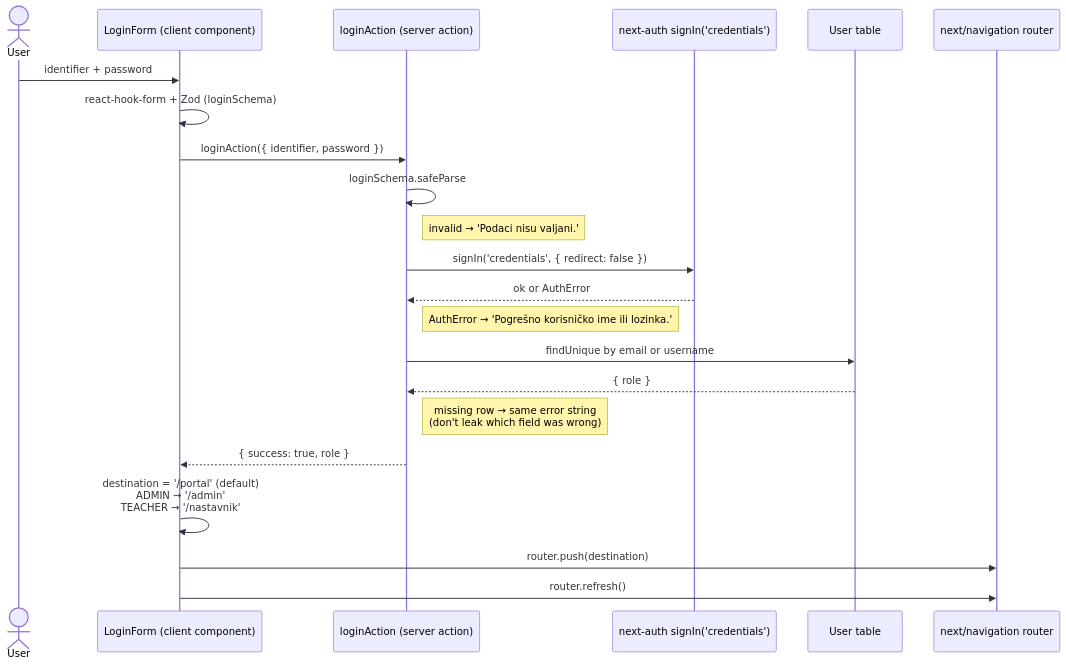
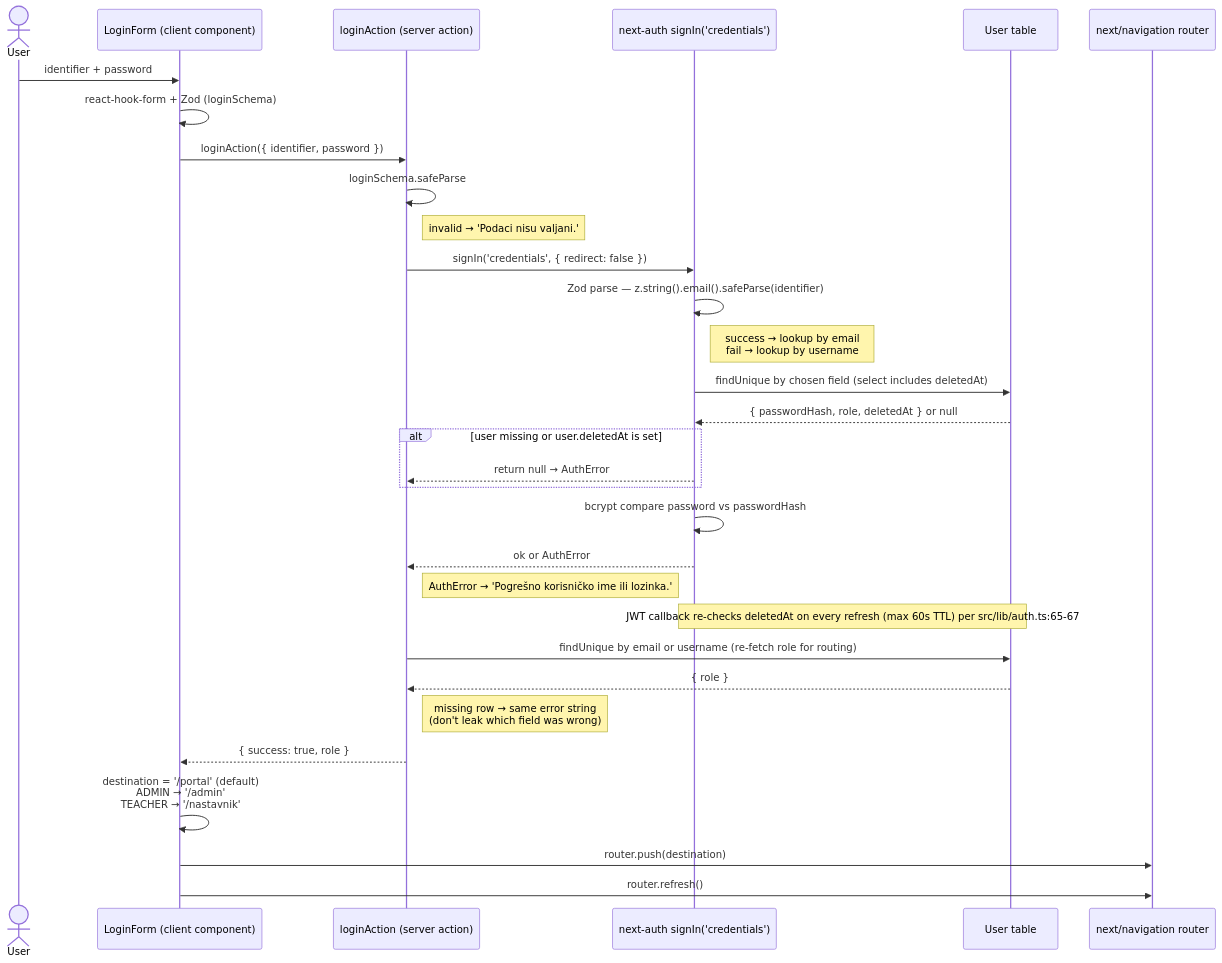
Before and after one commit to jpucic00/inovatic: the first of 3 diagrams in docs/diagrams/role-based-login.md, drawn with Mermaid. The commit also changed other lines of this file and 5 other files, not shown here.

First line of the commit message:
Sync Phase 3 diagrams: deletedAt, Zod parse, Serializable TX, delete rules

````diff
--- a/docs/diagrams/role-based-login.md
+++ b/docs/diagrams/role-based-login.md
@@ -16,30 +16,39 @@
 ```mermaid
 sequenceDiagram
     actor User
     participant Form as LoginForm (client component)
     participant Action as loginAction (server action)
     participant Auth as next-auth signIn('credentials')
     participant DB as User table
     participant Router as next/navigation router
 
     User->>Form: identifier + password
     Form->>Form: react-hook-form + Zod (loginSchema)
     Form->>Action: loginAction({ identifier, password })
 
     Action->>Action: loginSchema.safeParse
     Note right of Action: invalid → 'Podaci nisu valjani.'
 
     Action->>Auth: signIn('credentials', { redirect: false })
+    Auth->>Auth: Zod parse — z.string().email().safeParse(identifier)
+    Note right of Auth: success → lookup by email<br/>fail → lookup by username
+    Auth->>DB: findUnique by chosen field (select includes deletedAt)
+    DB-->>Auth: { passwordHash, role, deletedAt } or null
+    alt user missing or user.deletedAt is set
+        Auth-->>Action: return null → AuthError
+    end
+    Auth->>Auth: bcrypt compare password vs passwordHash
     Auth-->>Action: ok or AuthError
     Note right of Action: AuthError → 'Pogrešno korisničko ime ili lozinka.'
+    Note over Auth,DB: JWT callback re-checks deletedAt on every refresh (max 60s TTL) per src/lib/auth.ts:65-67
 
-    Action->>DB: findUnique by email or username
+    Action->>DB: findUnique by email or username (re-fetch role for routing)
     DB-->>Action: { role }
     Note right of Action: missing row → same error string<br/>(don't leak which field was wrong)
 
     Action-->>Form: { success: true, role }
     Form->>Form: destination = '/portal' (default)<br/>ADMIN → '/admin'<br/>TEACHER → '/nastavnik'
 
     Form->>Router: router.push(destination)
     Form->>Router: router.refresh()
 ```
````
